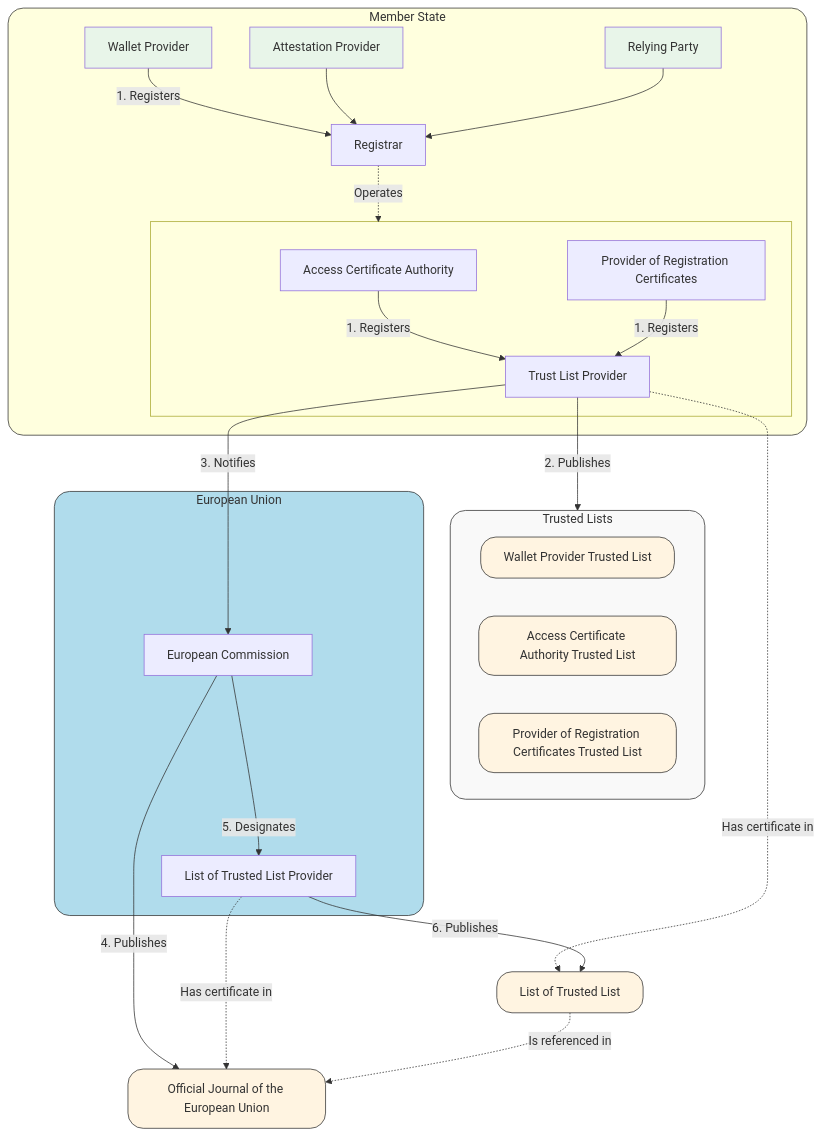
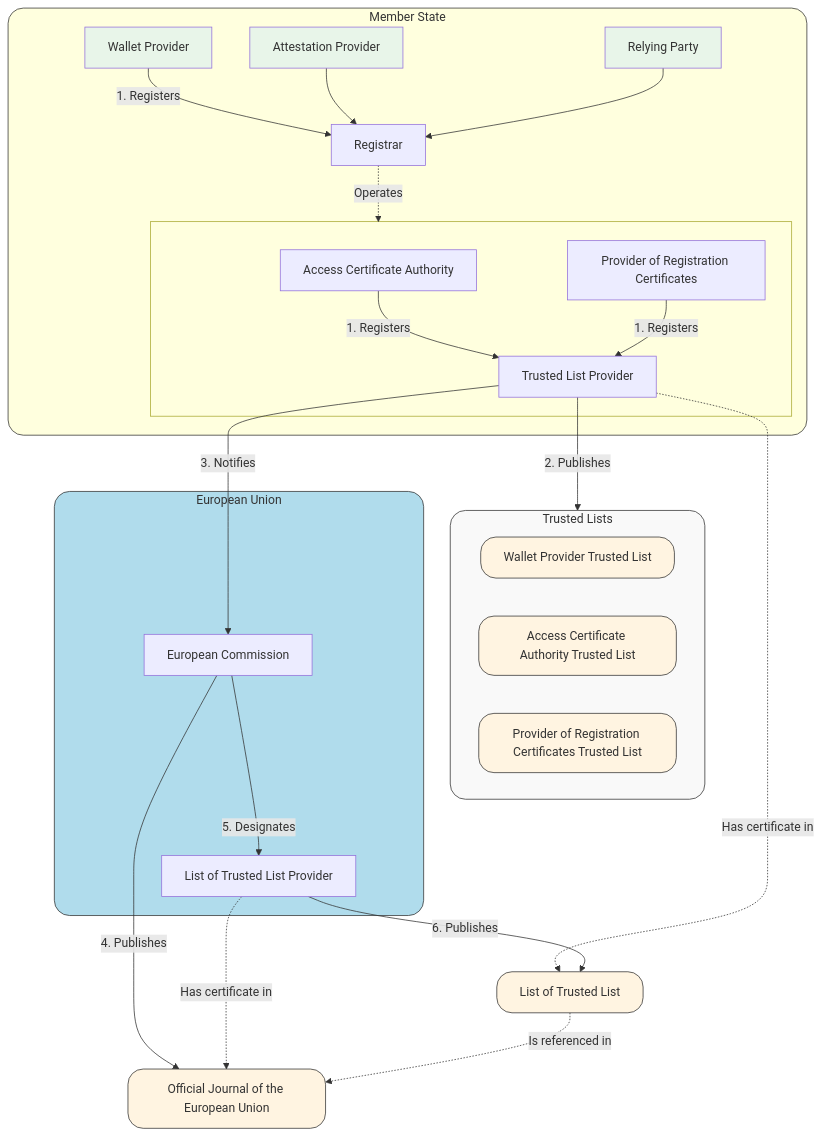
One commit to APTITUDE-Consortium/wp2-trust-specifications changed the second of 3 diagrams in topics/trust-architecture.md. Above: the diagram before and after it, drawn with Mermaid. The commit also changed other lines of this file, not shown here.

````diff
--- a/topics/trust-architecture.md
+++ b/topics/trust-architecture.md
@@ -109,62 +109,62 @@
 ```mermaid
 graph TB
     %% Participants
 
     subgraph MS["Member State"]
         AP["Attestation Provider"]
         RP[Relying Party]
         WP["Wallet Provider"]
         Registrar
         subgraph Child[" "]
             ACA["Access Certificate Authority"]
             RCP["Provider of Registration Certificates"]
-            MSTLSO["Trust List Provider"]
+            MSTLSO["Trusted List Provider"]
         end
     end
 
 
     subgraph TL["Trusted Lists"]
         WPTL[Wallet Provider Trusted List]
         ACATL[Access Certificate Authority Trusted List]
         RCPTL[Provider of Registration Certificates Trusted List]
     end
     
     subgraph eu["European Union"]
         EC["European Commission"]
         LoTLSO["List of Trusted List Provider"]
     end
 
     LoTL["List of Trusted List"]
     OJEU["Official Journal of the European Union"]
 
     %% --- Styles ---
 
     style eu fill:#b0dcec,stroke:#333,stroke-width:1px,rx:20,ry:20
     style MS stroke:#333,stroke-width:1px,rx:20,ry:20
     style TL fill:#f9f9f9,stroke:#333,stroke-width:1px,rx:20,ry:20
     style WPTL fill:#fff4e1,stroke:#333,stroke-width:1px,rx:20,ry:20
     style ACATL fill:#fff4e1,stroke:#333,stroke-width:1px,rx:20,ry:20
     style RCPTL fill:#fff4e1,stroke:#333,stroke-width:1px,rx:20,ry:20
     style OJEU fill:#fff4e1,stroke:#333,stroke-width:1px,rx:20,ry:20
     style LoTL fill:#fff4e1,stroke:#333,stroke-width:1px,rx:20,ry:20
     style WP fill:#e8f5e9
     style AP fill:#e8f5e9
     style RP fill:#e8f5e9
 
     %% --- Connections ---
 
     WP -->|1. Registers| Registrar
     AP --> Registrar
     RP --> Registrar
     Registrar -.->|Operates| Child
     ACA -->|1. Registers| MSTLSO
     RCP -->|1. Registers| MSTLSO
     MSTLSO -->|2. Publishes| TL
     MSTLSO -->|3. Notifies| EC
     MSTLSO -.->|Has certificate in| LoTL
     EC --> |4. Publishes| OJEU
     EC -->|5. Designates| LoTLSO
     LoTLSO -->|6. Publishes| LoTL
     LoTLSO -.->|Has certificate in| OJEU 
     LoTL -.->|Is referenced in| OJEU 
 ```
````
